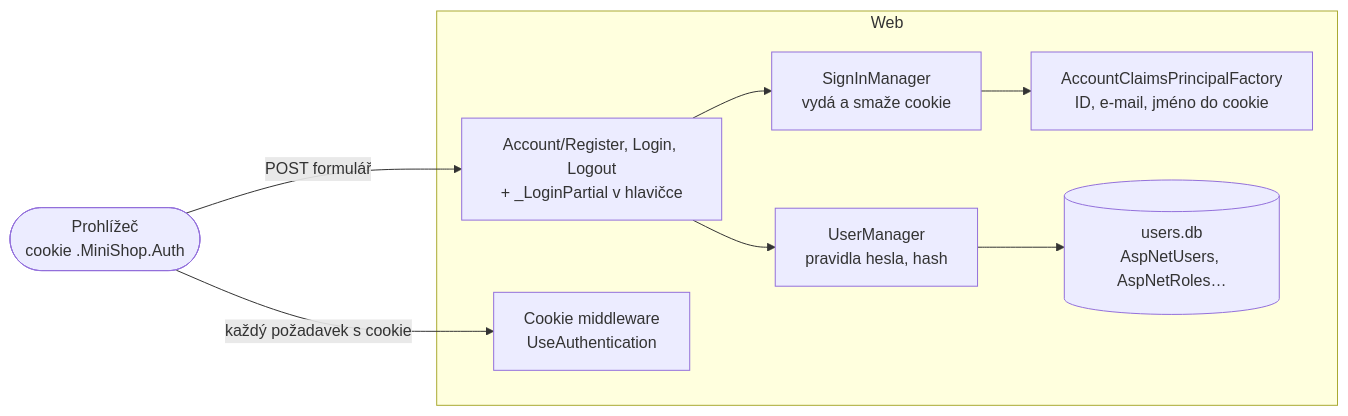
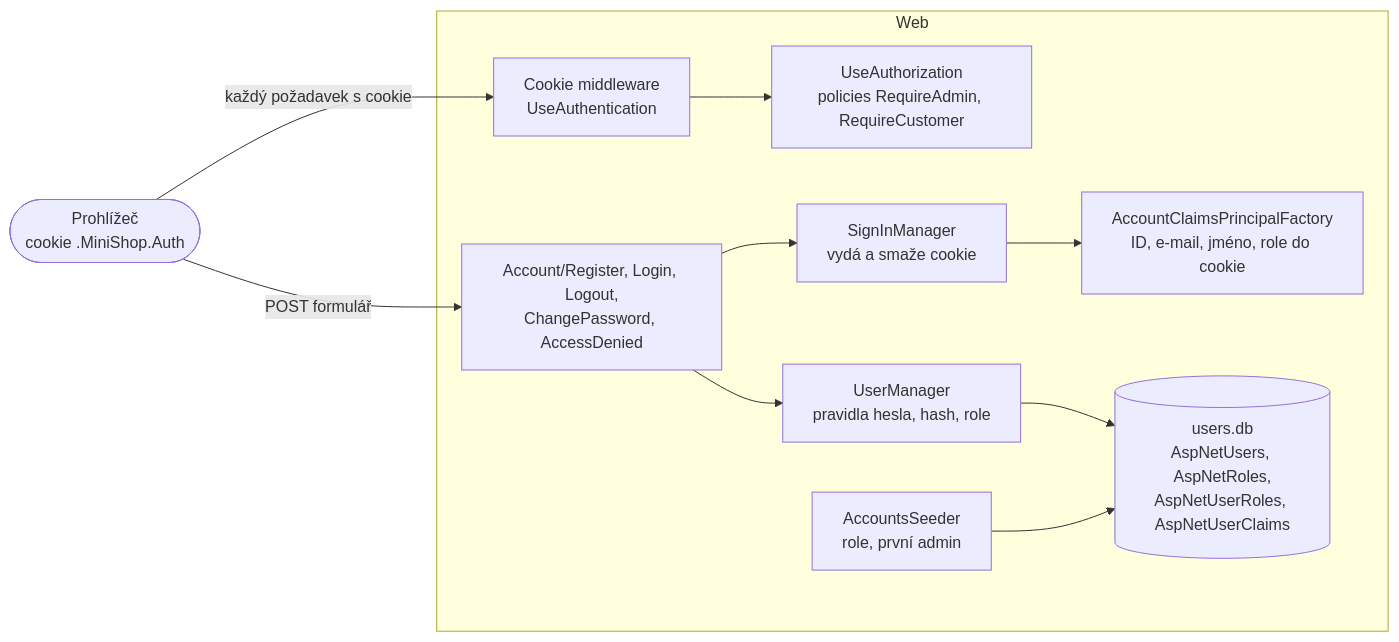
The second of 3 diagrams in docs/prirucka/architektura/moduly/accounts.md (ftichy/MiniShop), drawn with Mermaid before and after one commit. The commit also changed other lines of this file and 42 other files, not shown here.

First line of the commit message:
ACCOUNTS STEP2: role a první admin

````diff
--- a/docs/prirucka/architektura/moduly/accounts.md
+++ b/docs/prirucka/architektura/moduly/accounts.md
@@ -16,20 +76,24 @@
 ```mermaid
 flowchart LR
     browser(["Prohlížeč<br/>cookie .MiniShop.Auth"])
 
     subgraph web["Web"]
-        pages["Account/Register, Login, Logout<br/>+ _LoginPartial v hlavičce"]
+        pages["Account/Register, Login, Logout,<br/>ChangePassword, AccessDenied"]
         cookie["Cookie middleware<br/>UseAuthentication"]
+        authz["UseAuthorization<br/>policies RequireAdmin, RequireCustomer"]
         signin["SignInManager<br/>vydá a smaže cookie"]
-        users["UserManager<br/>pravidla hesla, hash"]
-        factory["AccountClaimsPrincipalFactory<br/>ID, e-mail, jméno do cookie"]
-        db[("users.db<br/>AspNetUsers, AspNetRoles…")]
+        users["UserManager<br/>pravidla hesla, hash, role"]
+        factory["AccountClaimsPrincipalFactory<br/>ID, e-mail, jméno, role do cookie"]
+        seeder["AccountsSeeder<br/>role, první admin"]
+        db[("users.db<br/>AspNetUsers, AspNetRoles,<br/>AspNetUserRoles, AspNetUserClaims")]
     end
 
     browser -->|"POST formulář"| pages
     pages --> signin
     pages --> users
     signin --> factory
     users --> db
+    seeder --> db
     browser -->|"každý požadavek s cookie"| cookie
+    cookie --> authz
 ```
````
